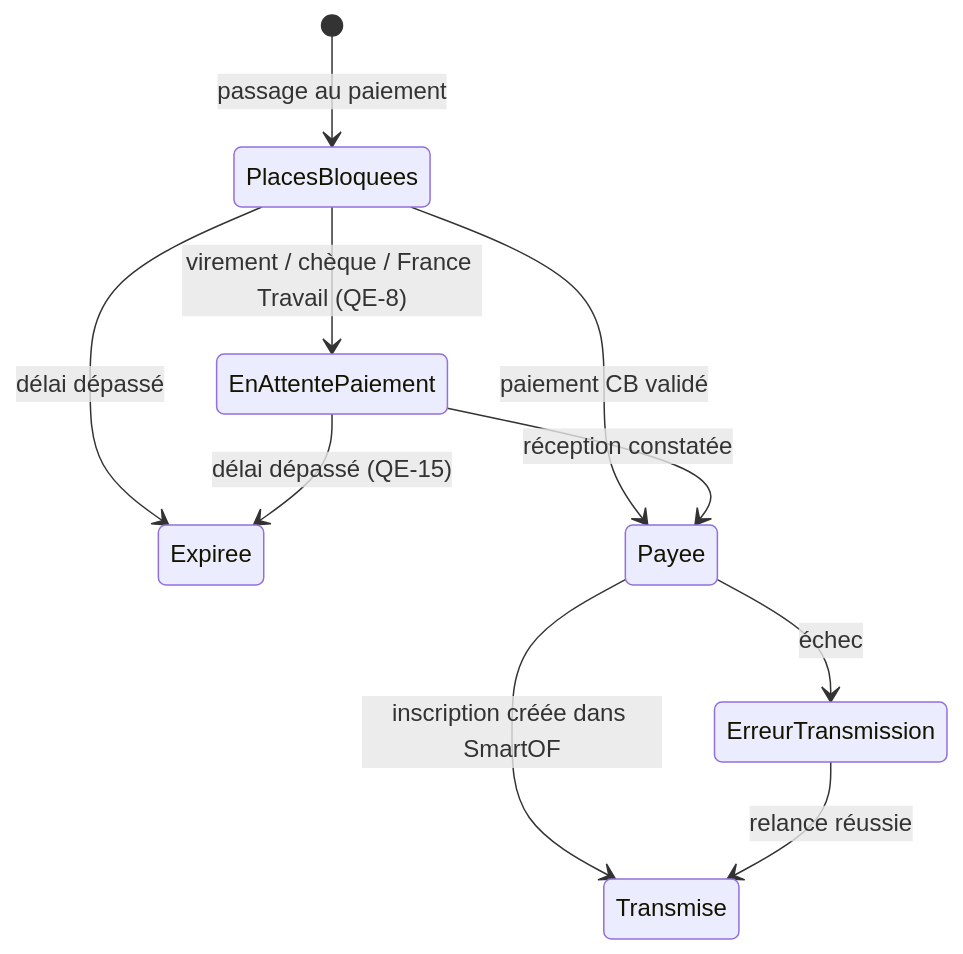
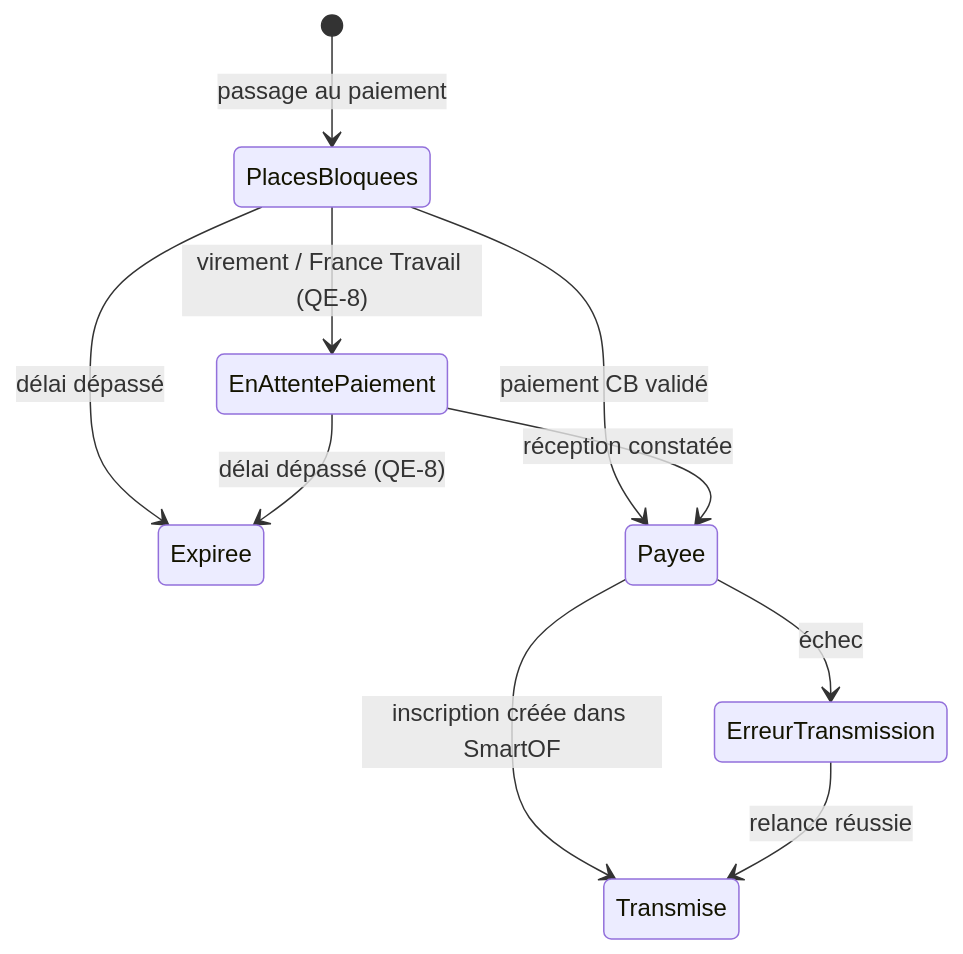
Before and after one commit to coprotec/boutique: the third of 3 diagrams in CAHIER_DES_CHARGES.md, drawn with Mermaid. The commit also changed other lines of this file and 21 other files, not shown here.

````diff
--- a/CAHIER_DES_CHARGES.md
+++ b/CAHIER_DES_CHARGES.md
@@ -212,12 +216,12 @@
 ```mermaid
 stateDiagram-v2
   [*] --> PlacesBloquees: passage au paiement
   PlacesBloquees --> Expiree: délai dépassé
   PlacesBloquees --> Payee: paiement CB validé
-  PlacesBloquees --> EnAttentePaiement: virement / chèque / France Travail (QE-8)
+  PlacesBloquees --> EnAttentePaiement: virement / France Travail (QE-8)
   EnAttentePaiement --> Payee: réception constatée
-  EnAttentePaiement --> Expiree: délai dépassé (QE-15)
+  EnAttentePaiement --> Expiree: délai dépassé (QE-8)
   Payee --> Transmise: inscription créée dans SmartOF
   Payee --> ErreurTransmission: échec
   ErreurTransmission --> Transmise: relance réussie
 ```
````
